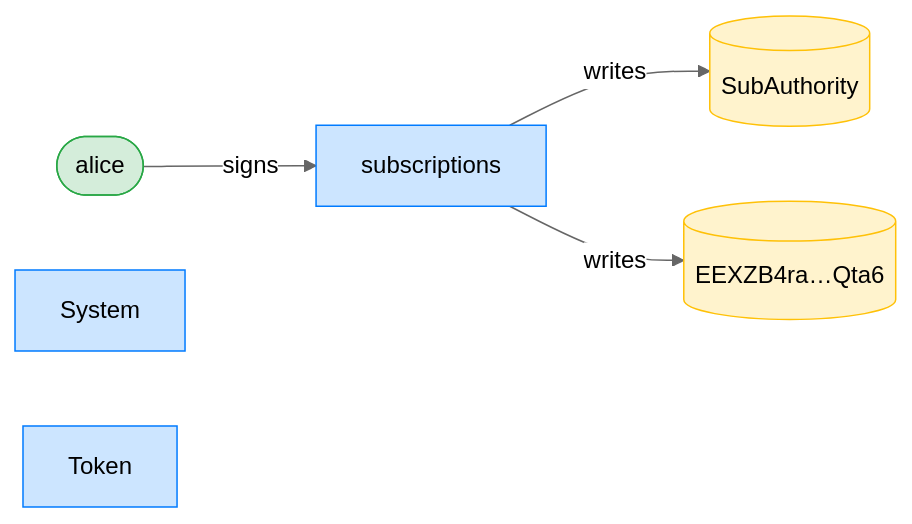
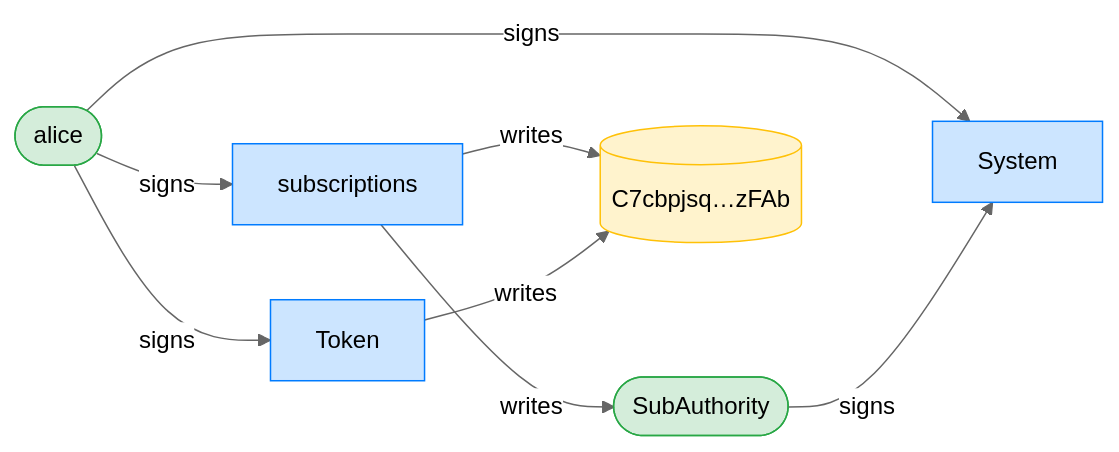
One commit to cds-rs/subscriptions changed the third of 12 diagrams in dsl_tests/transfer-subscription--a-mismatched-subscription-is-refused.md. Above: the diagram before and after it, drawn with Mermaid (neutral theme). The commit also changed other lines of this file and 224 other files, not shown here.

````diff
--- a/dsl_tests/transfer-subscription--a-mismatched-subscription-is-refused.md
+++ b/dsl_tests/transfer-subscription--a-mismatched-subscription-is-refused.md
@@ -55,15 +56,19 @@
 ```mermaid
 flowchart LR
     classDef signer fill:#d4edda,stroke:#28a745;
     classDef program fill:#cce5ff,stroke:#007bff;
     classDef writable fill:#fff3cd,stroke:#ffc107;
     subscriptions[subscriptions]:::program
     alice([alice]):::signer
-    SubAuthority[(SubAuthority)]:::writable
-    EEXZB4ra_Qta6[("EEXZB4ra…Qta6")]:::writable
+    SubAuthority([SubAuthority]):::signer
+    C7cbpjsq_zFAb[("C7cbpjsq…zFAb")]:::writable
     System[System]:::program
     Token[Token]:::program
     alice -->|signs| subscriptions
+    alice -->|signs| System
+    SubAuthority -->|signs| System
+    alice -->|signs| Token
     subscriptions -->|writes| SubAuthority
-    subscriptions -->|writes| EEXZB4ra_Qta6
+    subscriptions -->|writes| C7cbpjsq_zFAb
+    Token -->|writes| C7cbpjsq_zFAb
 ```
````
